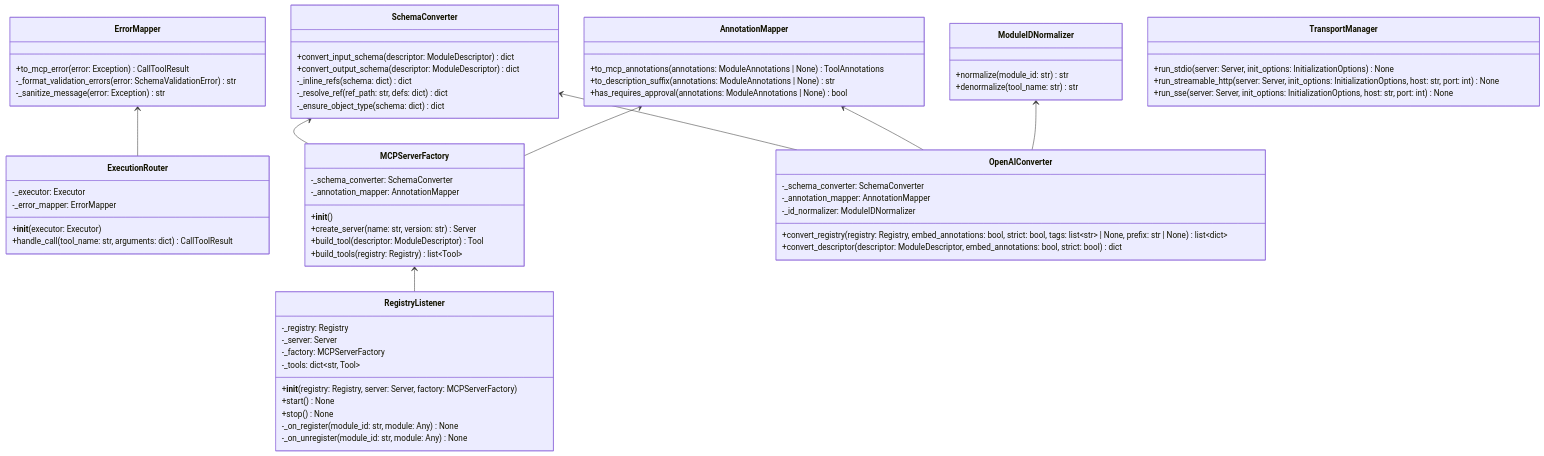
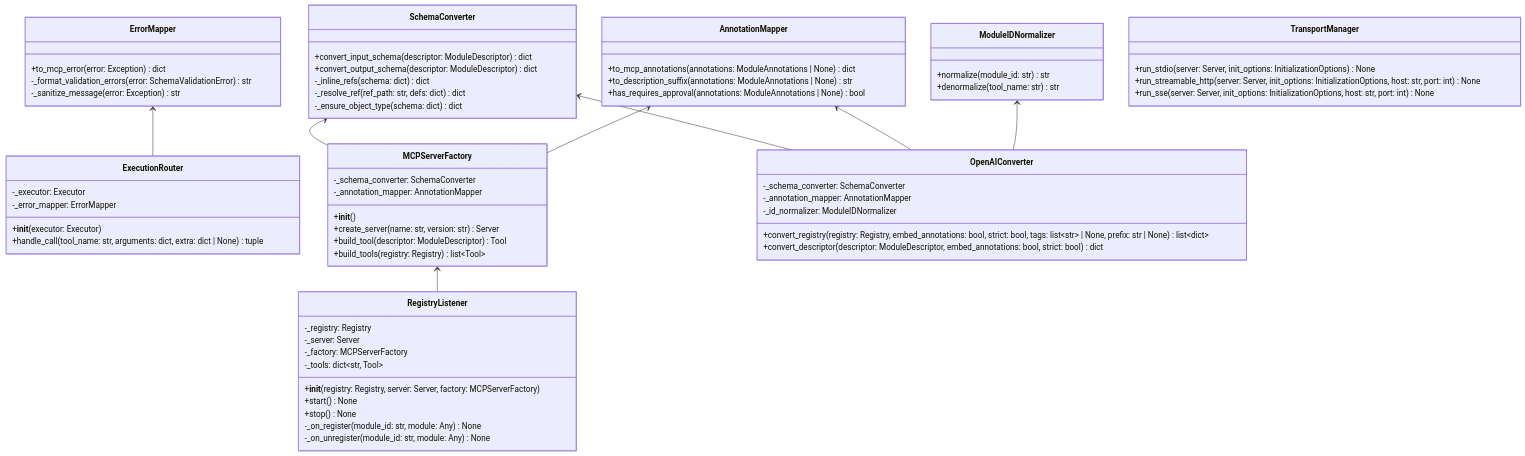
One commit to aipartnerup/apcore-mcp changed the fourth of 8 diagrams in docs/tech-design-apcore-mcp.md. Above: the diagram before and after it, drawn with Mermaid. The commit also changed other lines of this file and 21 other files, not shown here.

First line of the commit message:
Refactor MCP error handling and response structure

````diff
--- a/docs/tech-design-apcore-mcp.md
+++ b/docs/tech-design-apcore-mcp.md
@@ -372,77 +374,77 @@
 ```mermaid
 classDiagram
     class SchemaConverter {
         +convert_input_schema(descriptor: ModuleDescriptor) dict
         +convert_output_schema(descriptor: ModuleDescriptor) dict
         -_inline_refs(schema: dict) dict
         -_resolve_ref(ref_path: str, defs: dict) dict
         -_ensure_object_type(schema: dict) dict
     }
 
     class AnnotationMapper {
-        +to_mcp_annotations(annotations: ModuleAnnotations | None) ToolAnnotations
+        +to_mcp_annotations(annotations: ModuleAnnotations | None) dict
         +to_description_suffix(annotations: ModuleAnnotations | None) str
         +has_requires_approval(annotations: ModuleAnnotations | None) bool
     }
 
     class ErrorMapper {
-        +to_mcp_error(error: Exception) CallToolResult
+        +to_mcp_error(error: Exception) dict
         -_format_validation_errors(error: SchemaValidationError) str
         -_sanitize_message(error: Exception) str
     }
 
     class ModuleIDNormalizer {
         +normalize(module_id: str) str
         +denormalize(tool_name: str) str
     }
 
     class ExecutionRouter {
         -_executor: Executor
         -_error_mapper: ErrorMapper
         +__init__(executor: Executor)
-        +handle_call(tool_name: str, arguments: dict) CallToolResult
+        +handle_call(tool_name: str, arguments: dict, extra: dict | None) tuple
     }
 
     class MCPServerFactory {
         -_schema_converter: SchemaConverter
         -_annotation_mapper: AnnotationMapper
         +__init__()
         +create_server(name: str, version: str) Server
         +build_tool(descriptor: ModuleDescriptor) Tool
         +build_tools(registry: Registry) list~Tool~
     }
 
     class TransportManager {
         +run_stdio(server: Server, init_options: InitializationOptions) None
         +run_streamable_http(server: Server, init_options: InitializationOptions, host: str, port: int) None
         +run_sse(server: Server, init_options: InitializationOptions, host: str, port: int) None
     }
 
     class RegistryListener {
         -_registry: Registry
         -_server: Server
         -_factory: MCPServerFactory
         -_tools: dict~str, Tool~
         +__init__(registry: Registry, server: Server, factory: MCPServerFactory)
         +start() None
         +stop() None
         -_on_register(module_id: str, module: Any) None
         -_on_unregister(module_id: str, module: Any) None
     }
 
     class OpenAIConverter {
         -_schema_converter: SchemaConverter
         -_annotation_mapper: AnnotationMapper
         -_id_normalizer: ModuleIDNormalizer
         +convert_registry(registry: Registry, embed_annotations: bool, strict: bool, tags: list~str~ | None, prefix: str | None) list~dict~
         +convert_descriptor(descriptor: ModuleDescriptor, embed_annotations: bool, strict: bool) dict
     }
 
     SchemaConverter <-- MCPServerFactory
     AnnotationMapper <-- MCPServerFactory
     SchemaConverter <-- OpenAIConverter
     AnnotationMapper <-- OpenAIConverter
     ModuleIDNormalizer <-- OpenAIConverter
     ErrorMapper <-- ExecutionRouter
     MCPServerFactory <-- RegistryListener
 ```
````
